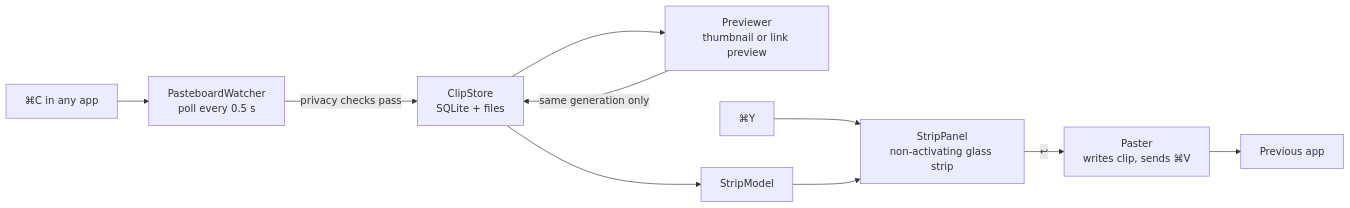
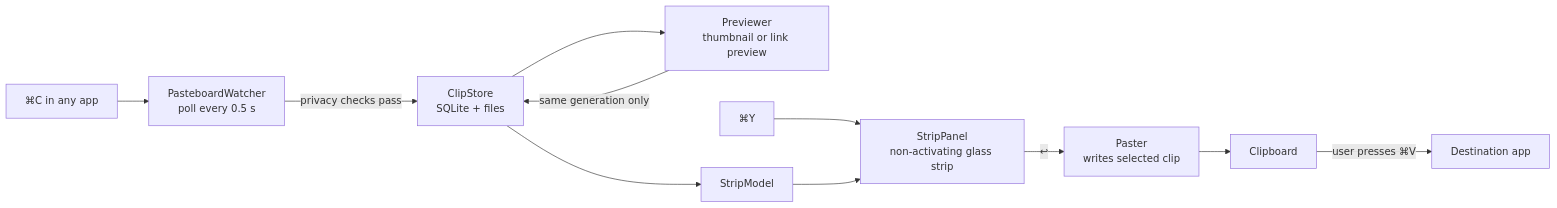
One commit to D0n9X1n/copia changed the diagram in wiki/Architecture.md. Above: the diagram before and after it, drawn with Mermaid. The commit also changed other lines of this file and 90 other files, not shown here.

````diff
--- a/wiki/Architecture.md
+++ b/wiki/Architecture.md
@@ -18,12 +18,13 @@
 ```mermaid
 flowchart LR
     copy["⌘C in any app"] --> watcher["PasteboardWatcher<br/>poll every 0.5 s"]
     watcher -->|"privacy checks pass"| store["ClipStore<br/>SQLite + files"]
     store --> previewer["Previewer<br/>thumbnail or link preview"]
     previewer -->|"same generation only"| store
     store --> model["StripModel"]
     hotkey["⌘Y"] --> panel["StripPanel<br/>non-activating glass strip"]
     model --> panel
-    panel -->|"↩"| paster["Paster<br/>writes clip, sends ⌘V"]
-    paster --> app["Previous app"]
+    panel -->|"↩"| paster["Paster<br/>writes selected clip"]
+    paster --> board["Clipboard"]
+    board -->|"user presses ⌘V"| app["Destination app"]
 ```
````
